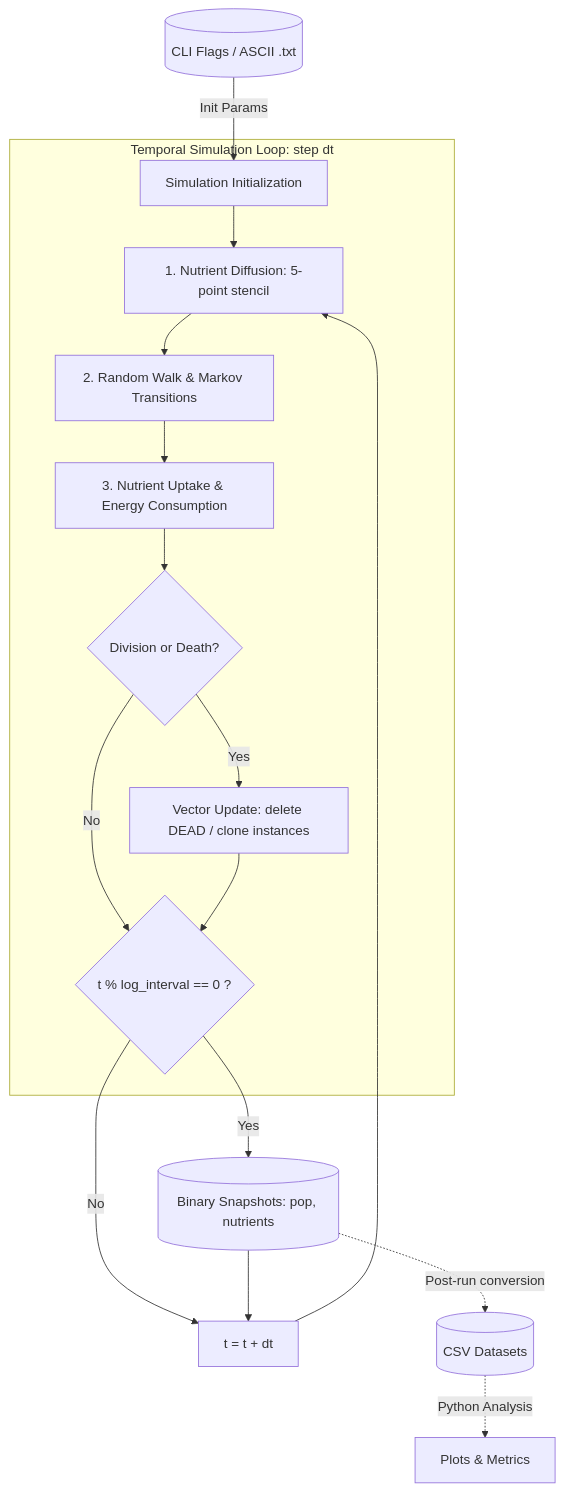
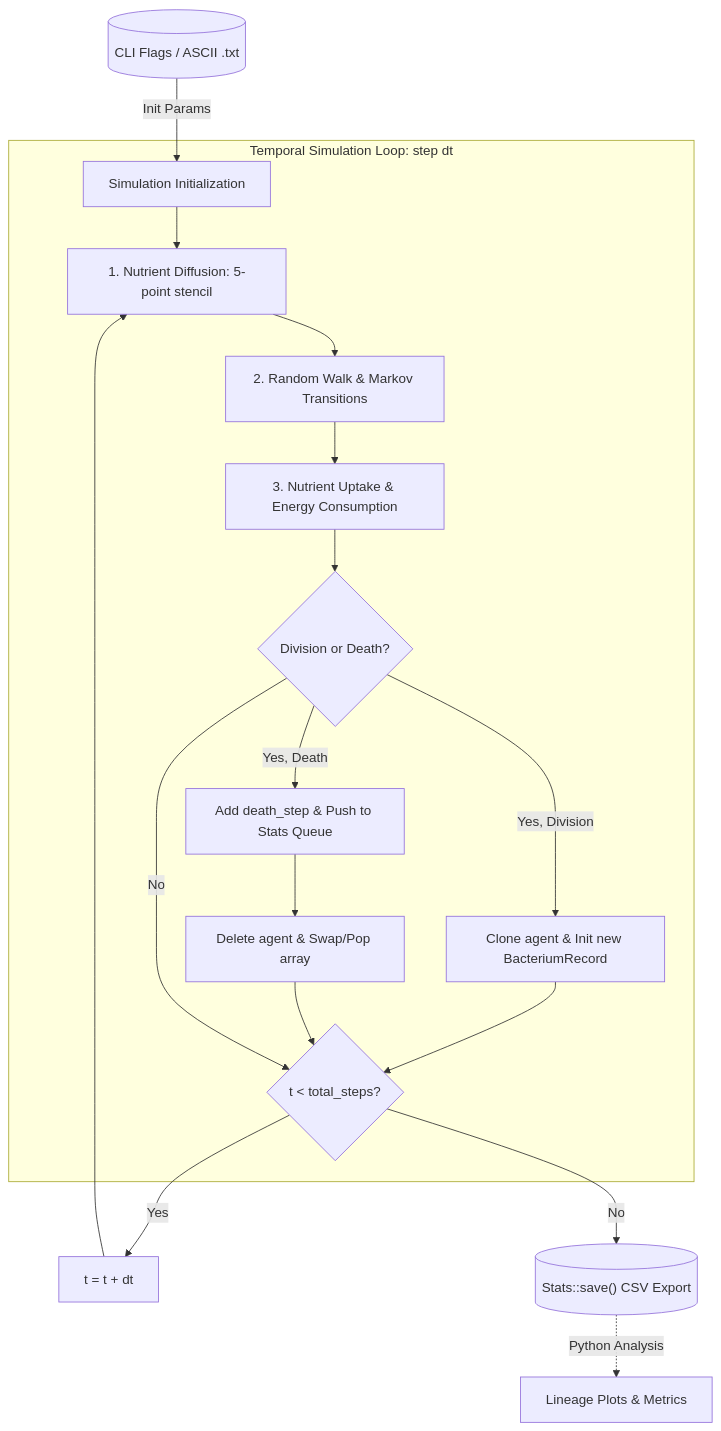
One commit to axelp-dev/BioChroma changed the second of 2 diagrams in docs/ARCHITECTURE.md. Above: the diagram before and after it, drawn with Mermaid. The commit also changed other lines of this file and 2 other files, not shown here.

Commit message:
docs(Stats): Update docs to last Stats features

````diff
--- a/docs/ARCHITECTURE.md
+++ b/docs/ARCHITECTURE.md
@@ -200,23 +193,24 @@
 ```mermaid 
-
 flowchart TD
     Config[(CLI Flags / ASCII .txt)] -->|Init Params| Init[Simulation Initialization]
 
     subgraph EngineLoop [Temporal Simulation Loop: step dt]
         Init --> Diffuse[1. Nutrient Diffusion: 5-point stencil]
         Diffuse --> Markov[2. Random Walk & Markov Transitions]
         Markov --> Consume[3. Nutrient Uptake & Energy Consumption]
         Consume --> Events{Division or Death?}
-        Events -->|Yes| UpdatePop[Vector Update: delete DEAD / clone instances]
-        Events -->|No| CheckExport
-        UpdatePop --> CheckExport{t % log_interval == 0 ?}
+        Events -->|Yes, Division| Clone[Clone agent & Init new BacteriumRecord]
+        Events -->|Yes, Death| FinalizeRecord[Add death_step & Push to Stats Queue]
+        FinalizeRecord --> DeletePop[Delete agent & Swap/Pop array]
+        Clone --> CheckEnd
+        DeletePop --> CheckEnd
+        Events -->|No| CheckEnd
     end
 
-    CheckExport -->|No| NextStep[t = t + dt]
-    CheckExport -->|Yes| ExportBinary[(Binary Snapshots: pop, nutrients)]
-    ExportBinary --> NextStep
+    CheckEnd{t < total_steps?}
+    CheckEnd -->|Yes| NextStep[t = t + dt]
     NextStep --> Diffuse
 
-    ExportBinary -.->|Post-run conversion| ExportCSV[(CSV Datasets)]
-    ExportCSV -.->|Python Analysis| PyPlots[Plots & Metrics]
+    CheckEnd -->|No| ExportCSV[("Stats::save() CSV Export")]
+    ExportCSV -.->|Python Analysis| PyPlots[Lineage Plots & Metrics]
 ```
````
